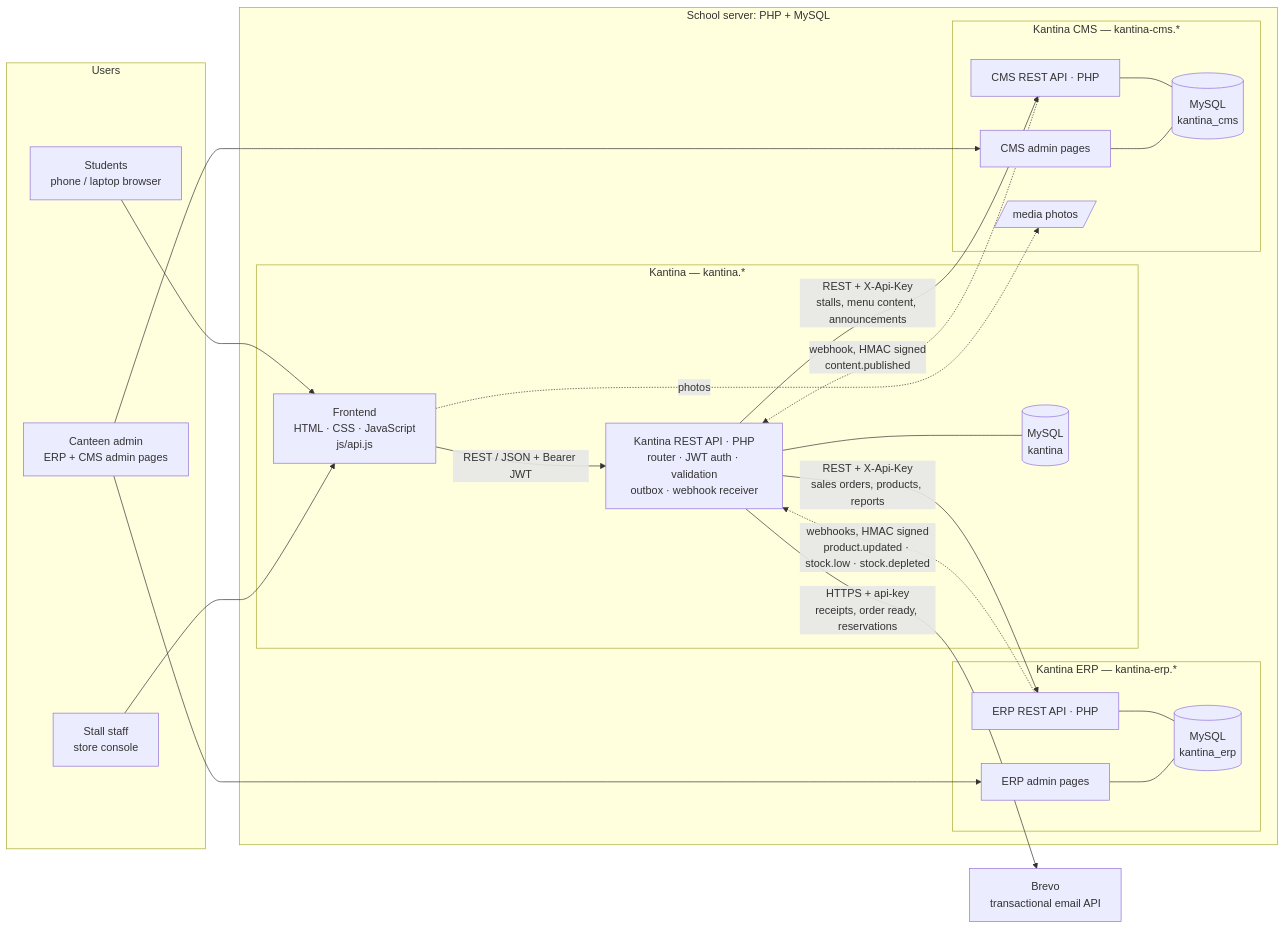
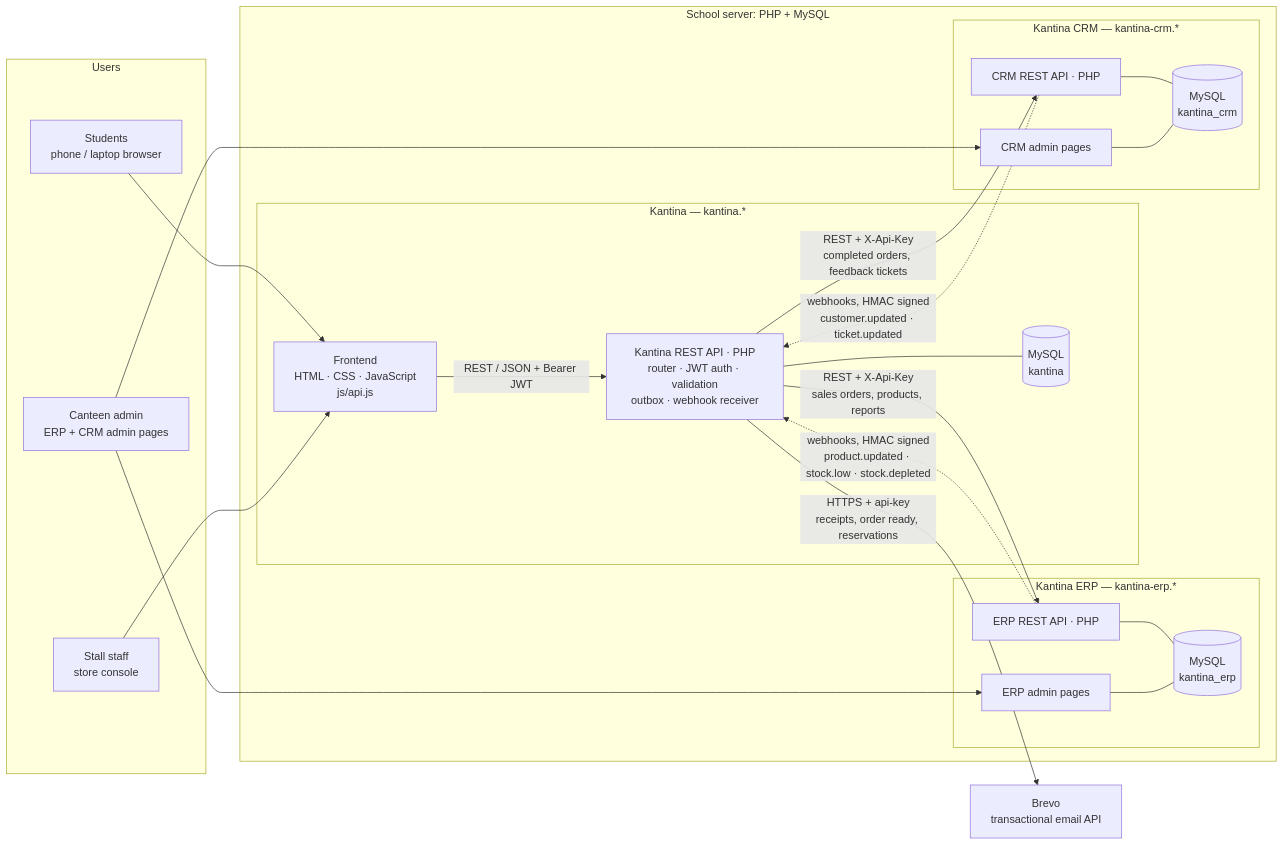
The first of 3 diagrams in docs/ARCHITECTURE.md (ShaneValerie/IP-Project-Kantina-Group5), drawn with Mermaid before and after one commit. The commit also changed other lines of this file and 4 other files, not shown here.

Commit message:
UPDATE: replace the CMS with the CRM in the smoke test, README, API reference, OpenAPI spec and architecture notes

````diff
--- a/docs/ARCHITECTURE.md
+++ b/docs/ARCHITECTURE.md
@@ -19,46 +19,44 @@
 ```mermaid
 flowchart LR
   subgraph Users
     S[Students<br/>phone / laptop browser]
     T[Stall staff<br/>store console]
-    A[Canteen admin<br/>ERP + CMS admin pages]
+    A[Canteen admin<br/>ERP + CRM admin pages]
   end
 
   subgraph School server: PHP + MySQL
     subgraph K[Kantina — kantina.*]
       FE[Frontend<br/>HTML · CSS · JavaScript<br/>js/api.js]
       API[Kantina REST API · PHP<br/>router · JWT auth · validation<br/>outbox · webhook receiver]
       KDB[(MySQL<br/>kantina)]
     end
     subgraph E[Kantina ERP — kantina-erp.*]
       EAPI[ERP REST API · PHP]
       EADM[ERP admin pages]
       EDB[(MySQL<br/>kantina_erp)]
     end
-    subgraph C[Kantina CMS — kantina-cms.*]
-      CAPI[CMS REST API · PHP]
-      CADM[CMS admin pages]
-      CMED[/media photos/]
-      CDB[(MySQL<br/>kantina_cms)]
+    subgraph C[Kantina CRM — kantina-crm.*]
+      CAPI[CRM REST API · PHP]
+      CADM[CRM admin pages]
+      CDB[(MySQL<br/>kantina_crm)]
     end
   end
 
   BREVO[Brevo<br/>transactional email API]
 
   S --> FE
   T --> FE
   FE -- "REST / JSON + Bearer JWT" --> API
   API --- KDB
   API -- "REST + X-Api-Key<br/>sales orders, products, reports" --> EAPI
   EAPI -. "webhooks, HMAC signed<br/>product.updated · stock.low · stock.depleted" .-> API
-  API -- "REST + X-Api-Key<br/>stalls, menu content, announcements" --> CAPI
-  CAPI -. "webhook, HMAC signed<br/>content.published" .-> API
+  API -- "REST + X-Api-Key<br/>completed orders, feedback tickets" --> CAPI
+  CAPI -. "webhooks, HMAC signed<br/>customer.updated · ticket.updated" .-> API
   API -- "HTTPS + api-key<br/>receipts, order ready, reservations" --> BREVO
   A --> EADM
   A --> CADM
   EAPI --- EDB
   EADM --- EDB
   CAPI --- CDB
   CADM --- CDB
-  FE -. "photos" .-> CMED
 ```
````
